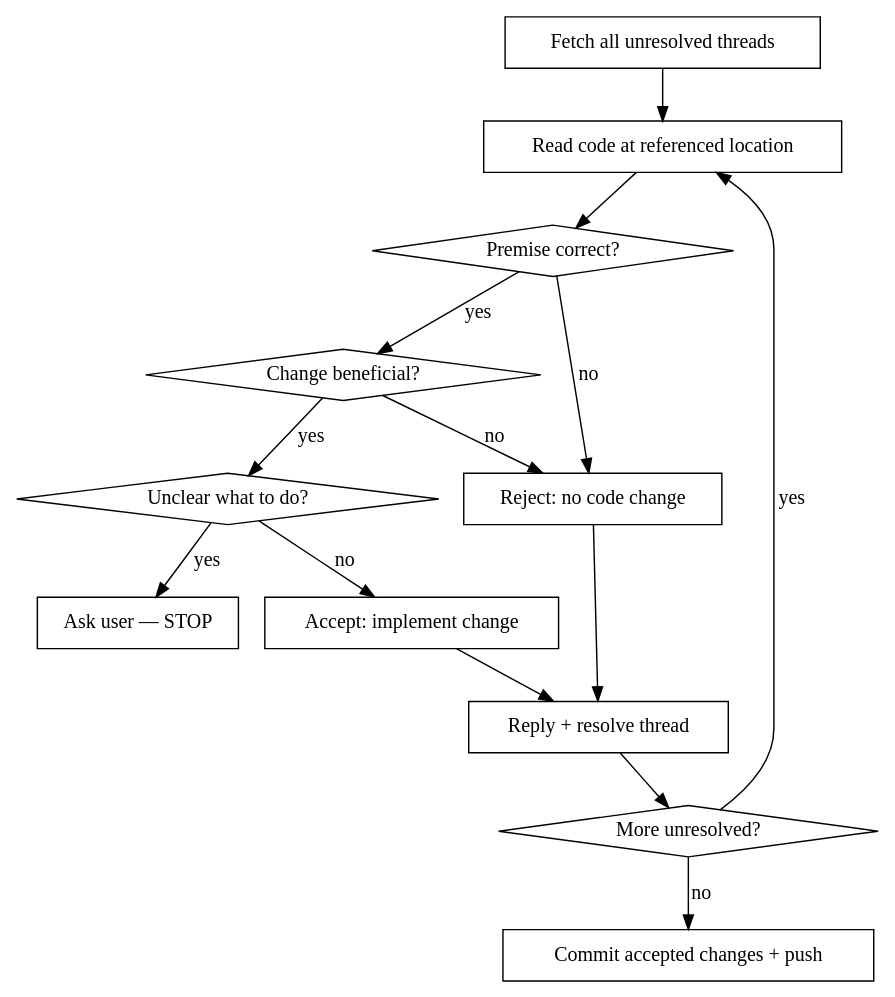
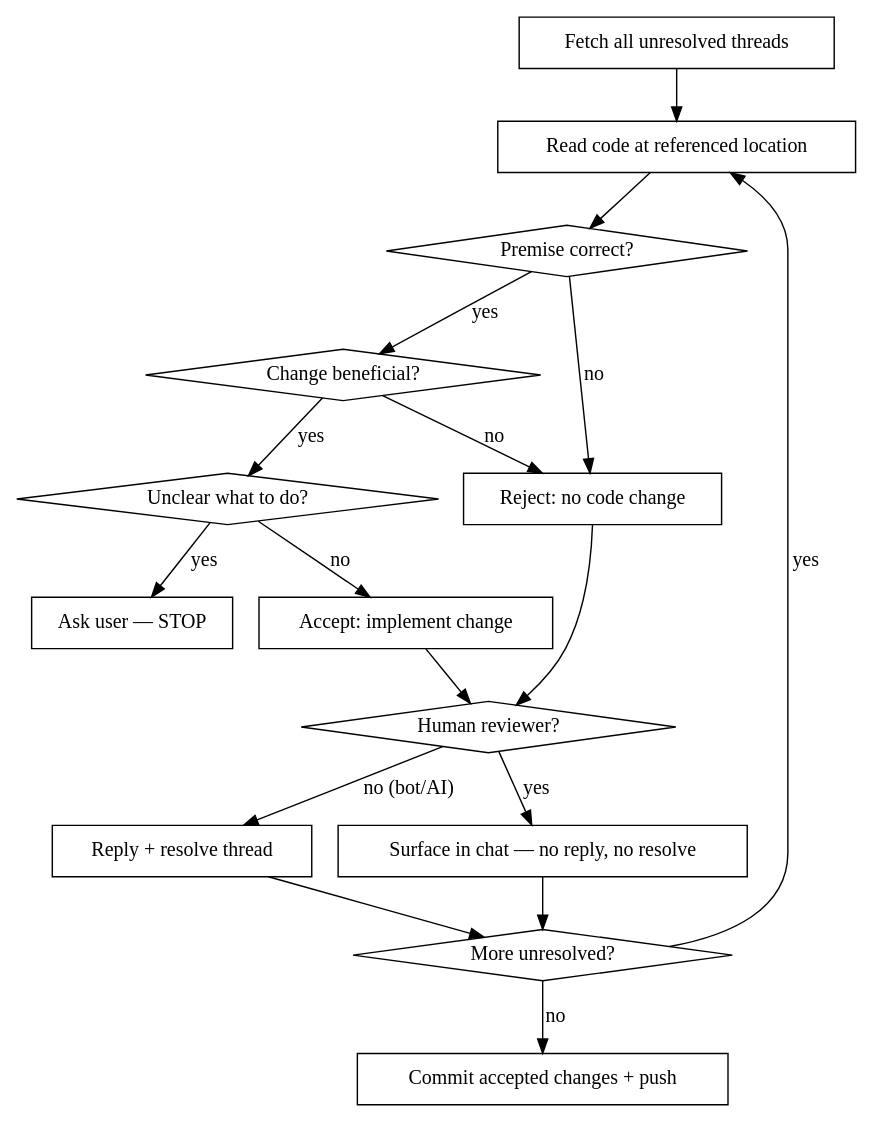
One commit to noctua84/nescio-ai changed the diagram in skills/handle-pr-comments/SKILL.md. Above: the diagram before and after it, drawn with Graphviz. The commit also changed other lines of this file, not shown here.

First line of the commit message:
fix: [fix] handle-pr-comments replies and resolves only bot/AI threads

````diff
--- a/skills/handle-pr-comments/SKILL.md
+++ b/skills/handle-pr-comments/SKILL.md
@@ -15,30 +17,36 @@
 ```dot
 digraph address_pr_comments {
   rankdir=TB;
   "Fetch all unresolved threads" [shape=box];
   "Read code at referenced location" [shape=box];
   "Premise correct?" [shape=diamond];
   "Change beneficial?" [shape=diamond];
   "Unclear what to do?" [shape=diamond];
   "Ask user — STOP" [shape=box];
   "Accept: implement change" [shape=box];
   "Reject: no code change" [shape=box];
   "Reply + resolve thread" [shape=box];
   "More unresolved?" [shape=diamond];
   "Commit accepted changes + push" [shape=box];
 
+  "Human reviewer?" [shape=diamond];
+  "Surface in chat — no reply, no resolve" [shape=box];
+
   "Fetch all unresolved threads" -> "Read code at referenced location";
   "Read code at referenced location" -> "Premise correct?";
   "Premise correct?" -> "Change beneficial?" [label="yes"];
   "Premise correct?" -> "Reject: no code change" [label="no"];
   "Change beneficial?" -> "Unclear what to do?" [label="yes"];
   "Change beneficial?" -> "Reject: no code change" [label="no"];
   "Unclear what to do?" -> "Ask user — STOP" [label="yes"];
   "Unclear what to do?" -> "Accept: implement change" [label="no"];
-  "Accept: implement change" -> "Reply + resolve thread";
-  "Reject: no code change" -> "Reply + resolve thread";
+  "Accept: implement change" -> "Human reviewer?";
+  "Reject: no code change" -> "Human reviewer?";
+  "Human reviewer?" -> "Surface in chat — no reply, no resolve" [label="yes"];
+  "Human reviewer?" -> "Reply + resolve thread" [label="no (bot/AI)"];
+  "Surface in chat — no reply, no resolve" -> "More unresolved?";
   "Reply + resolve thread" -> "More unresolved?" ;
   "More unresolved?" -> "Read code at referenced location" [label="yes"];
   "More unresolved?" -> "Commit accepted changes + push" [label="no"];
 }
 ```
````
